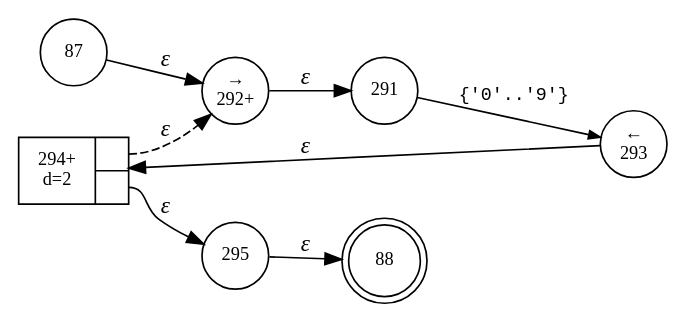
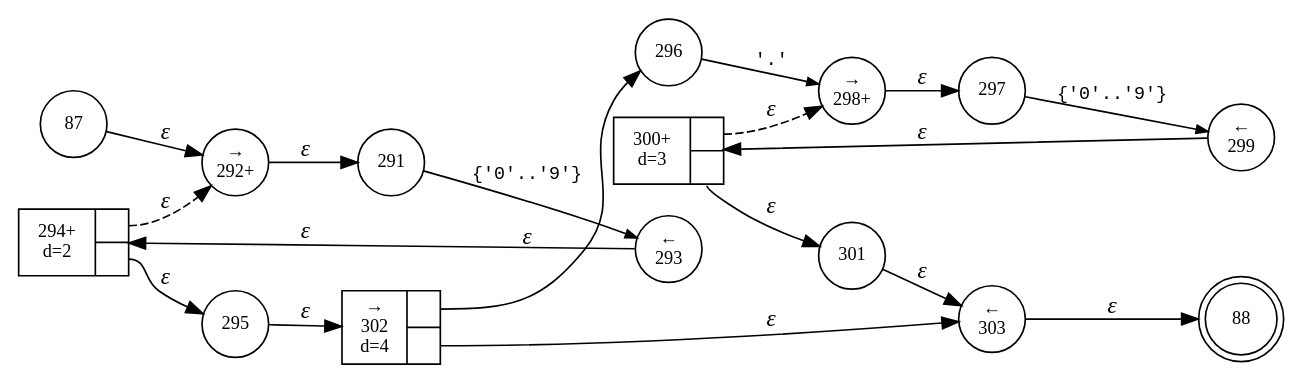
One commit to Shinigami072/Compilers-LogoInterpreter changed the diagram in interpreter/logo/logoLexer.NUMBER.dot. Above: the diagram before and after it, drawn with Graphviz. The commit also changed 13 other files, not shown here.

```diff
--- a/interpreter/logo/logoLexer.NUMBER.dot
+++ b/interpreter/logo/logoLexer.NUMBER.dot
@@ -1,17 +1,35 @@
 digraph ATN {
 rankdir=LR;
 s88[fontsize=11, label="88", shape=doublecircle, fixedsize=true, width=.6];
 s291[fontsize=11,label="291", shape=circle, fixedsize=true, width=.55, peripheries=1];
 s292[fontsize=11,label="&rarr;\n292+", shape=circle, fixedsize=true, width=.55, peripheries=1];
 s293[fontsize=11,label="&larr;\n293", shape=circle, fixedsize=true, width=.55, peripheries=1];
 s294[fontsize=11,label="{294+\nd=2|{<p0>|<p1>}}", shape=record, fixedsize=false, peripheries=1];
+s295[fontsize=11,label="295", shape=circle, fixedsize=true, width=.55, peripheries=1];
+s296[fontsize=11,label="296", shape=circle, fixedsize=true, width=.55, peripheries=1];
+s297[fontsize=11,label="297", shape=circle, fixedsize=true, width=.55, peripheries=1];
+s298[fontsize=11,label="&rarr;\n298+", shape=circle, fixedsize=true, width=.55, peripheries=1];
+s299[fontsize=11,label="&larr;\n299", shape=circle, fixedsize=true, width=.55, peripheries=1];
+s300[fontsize=11,label="{300+\nd=3|{<p0>|<p1>}}", shape=record, fixedsize=false, peripheries=1];
+s301[fontsize=11,label="301", shape=circle, fixedsize=true, width=.55, peripheries=1];
+s302[fontsize=11,label="{&rarr;\n302\nd=4|{<p0>|<p1>}}", shape=record, fixedsize=false, peripheries=1];
+s303[fontsize=11,label="&larr;\n303", shape=circle, fixedsize=true, width=.55, peripheries=1];
 s87[fontsize=11,label="87", shape=circle, fixedsize=true, width=.55, peripheries=1];
-s295[fontsize=11,label="295", shape=circle, fixedsize=true, width=.55, peripheries=1];
 s87 -> s292 [fontname="Times-Italic", label="&epsilon;"];
 s292 -> s291 [fontname="Times-Italic", label="&epsilon;"];
 s291 -> s293 [fontsize=11, fontname="Courier", arrowsize=.7, label = "{'0'..'9'}", arrowhead = normal];
 s293 -> s294 [fontname="Times-Italic", label="&epsilon;"];
 s294:p0 -> s292 [fontname="Times-Italic", label="&epsilon;", style="dashed"];
 s294:p1 -> s295 [fontname="Times-Italic", label="&epsilon;"];
-s295 -> s88 [fontname="Times-Italic", label="&epsilon;"];
+s295 -> s302 [fontname="Times-Italic", label="&epsilon;"];
+s302:p0 -> s296 [fontname="Times-Italic", label="&epsilon;"];
+s302:p1 -> s303 [fontname="Times-Italic", label="&epsilon;"];
+s296 -> s298 [fontsize=11, fontname="Courier", arrowsize=.7, label = "'.'", arrowhead = normal];
+s303 -> s88 [fontname="Times-Italic", label="&epsilon;"];
+s298 -> s297 [fontname="Times-Italic", label="&epsilon;"];
+s297 -> s299 [fontsize=11, fontname="Courier", arrowsize=.7, label = "{'0'..'9'}", arrowhead = normal];
+s299 -> s300 [fontname="Times-Italic", label="&epsilon;"];
+s300:p0 -> s298 [fontname="Times-Italic", label="&epsilon;", style="dashed"];
+s300:p1 -> s301 [fontname="Times-Italic", label="&epsilon;"];
+s301 -> s303 [fontname="Times-Italic", label="&epsilon;"];
 }
```
